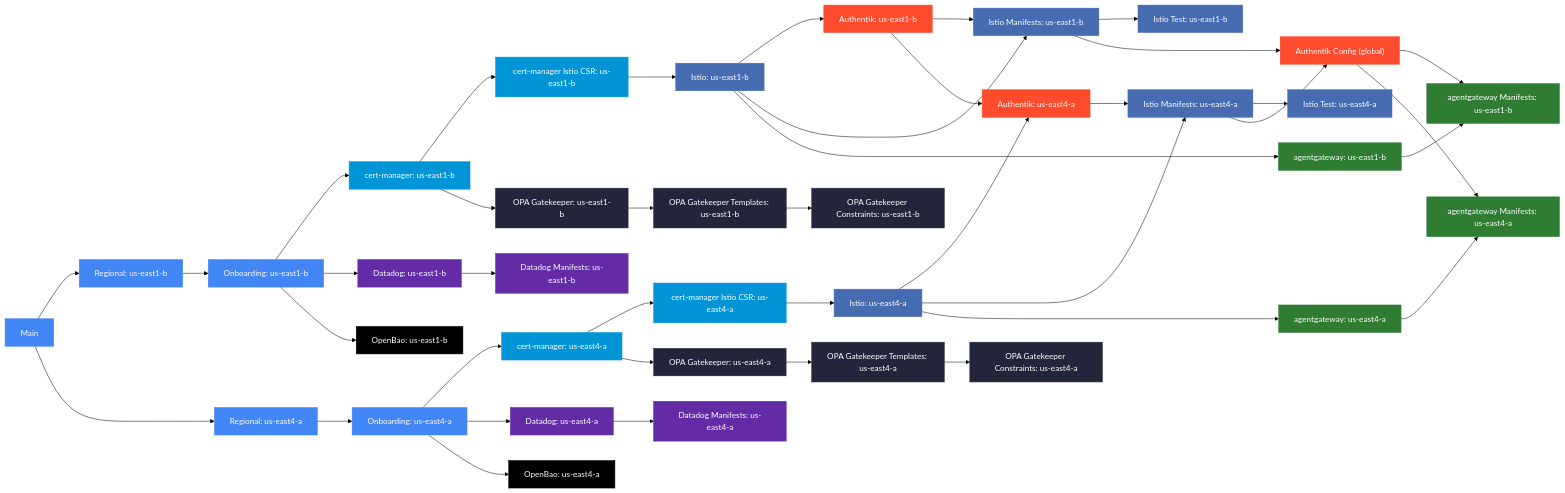
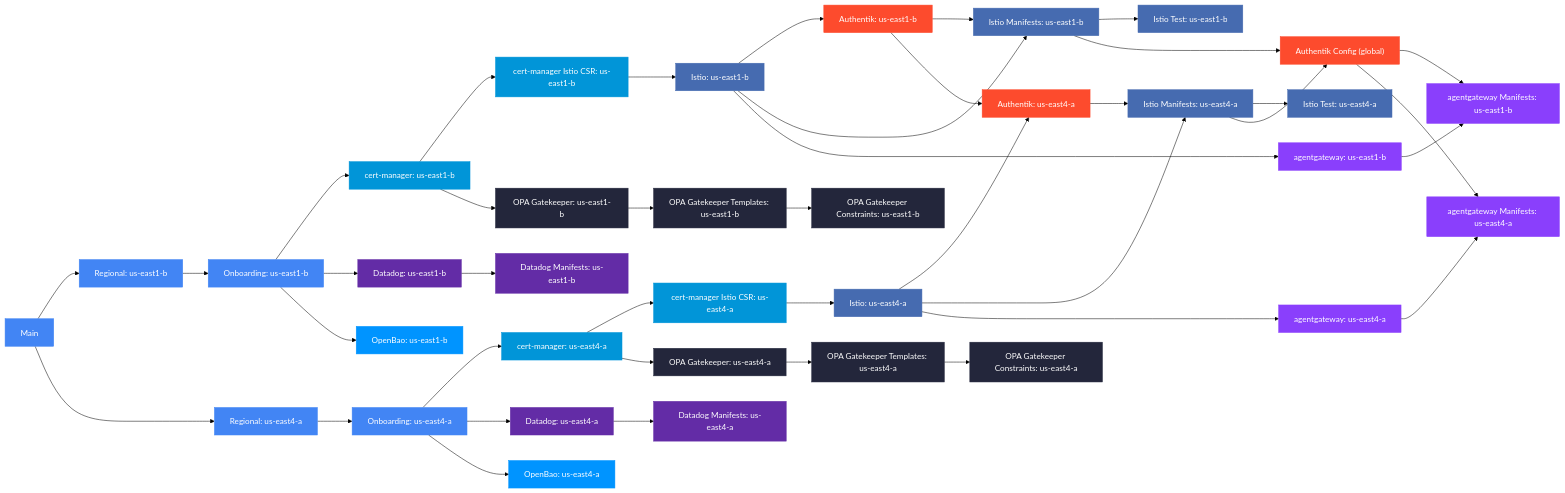
Before and after one commit to osinfra-io/pt-pneuma: the diagram in README.md, drawn with Mermaid (forest theme).

Commit message:
Use brand colors for OpenBao and agentgateway in dependency graph

````diff
--- a/README.md
+++ b/README.md
@@ -42,55 +42,55 @@
 ```mermaid
 flowchart LR
     classDef gke fill:#4285F4,stroke:#4285F4,color:#fff
     classDef certmanager fill:#0195D8,stroke:#0195D8,color:#fff
     classDef istio fill:#466BB0,stroke:#466BB0,color:#fff
     classDef datadog fill:#632CA6,stroke:#632CA6,color:#fff
     classDef opa fill:#23263B,stroke:#23263B,color:#fff
     classDef authentik fill:#FD4B2D,stroke:#FD4B2D,color:#fff
-    classDef agentgateway fill:#2E7D32,stroke:#2E7D32,color:#fff
-    classDef openbao fill:#000,stroke:#000,color:#fff
+    classDef agentgateway fill:#8A3FFC,stroke:#8A3FFC,color:#fff
+    classDef openbao fill:#0094FF,stroke:#0094FF,color:#fff
 
     main["Main"]:::gke
 
     main --> z1_regional["Regional: us-east1-b"]:::gke
     z1_regional --> z1_onboarding["Onboarding: us-east1-b"]:::gke
     z1_onboarding --> z1_cert_manager["cert-manager: us-east1-b"]:::certmanager
     z1_onboarding --> z1_datadog["Datadog: us-east1-b"]:::datadog
     z1_onboarding --> z1_openbao["OpenBao: us-east1-b"]:::openbao
     z1_cert_manager --> z1_cert_manager_istio_csr["cert-manager Istio CSR: us-east1-b"]:::certmanager
     z1_cert_manager --> z1_opa_gatekeeper["OPA Gatekeeper: us-east1-b"]:::opa
     z1_cert_manager_istio_csr --> z1_istio["Istio: us-east1-b"]:::istio
     z1_istio --> z1_authentik["Authentik: us-east1-b"]:::authentik
     z1_istio --> z1_istio_manifests["Istio Manifests: us-east1-b"]:::istio
     z1_authentik --> z1_istio_manifests
     z1_istio_manifests --> z1_istio_test["Istio Test: us-east1-b"]:::istio
     z1_istio --> z1_agentgateway["agentgateway: us-east1-b"]:::agentgateway
     z1_agentgateway --> z1_agentgateway_manifests["agentgateway Manifests: us-east1-b"]:::agentgateway
     authentik_config --> z1_agentgateway_manifests
     z1_datadog --> z1_datadog_manifests["Datadog Manifests: us-east1-b"]:::datadog
     z1_opa_gatekeeper --> z1_opa_templates["OPA Gatekeeper Templates: us-east1-b"]:::opa
     z1_opa_templates --> z1_opa_constraints["OPA Gatekeeper Constraints: us-east1-b"]:::opa
 
     main --> z2_regional["Regional: us-east4-a"]:::gke
     z2_regional --> z2_onboarding["Onboarding: us-east4-a"]:::gke
     z2_onboarding --> z2_cert_manager["cert-manager: us-east4-a"]:::certmanager
     z2_onboarding --> z2_datadog["Datadog: us-east4-a"]:::datadog
     z2_onboarding --> z2_openbao["OpenBao: us-east4-a"]:::openbao
     z2_cert_manager --> z2_cert_manager_istio_csr["cert-manager Istio CSR: us-east4-a"]:::certmanager
     z2_cert_manager --> z2_opa_gatekeeper["OPA Gatekeeper: us-east4-a"]:::opa
     z2_cert_manager_istio_csr --> z2_istio["Istio: us-east4-a"]:::istio
     z1_authentik --> z2_authentik["Authentik: us-east4-a"]:::authentik
     z2_istio --> z2_authentik
     z2_istio --> z2_istio_manifests["Istio Manifests: us-east4-a"]:::istio
     z2_authentik --> z2_istio_manifests
     z2_istio_manifests --> z2_istio_test["Istio Test: us-east4-a"]:::istio
     z2_istio --> z2_agentgateway["agentgateway: us-east4-a"]:::agentgateway
     z2_agentgateway --> z2_agentgateway_manifests["agentgateway Manifests: us-east4-a"]:::agentgateway
     authentik_config --> z2_agentgateway_manifests
     z2_datadog --> z2_datadog_manifests["Datadog Manifests: us-east4-a"]:::datadog
     z2_opa_gatekeeper --> z2_opa_templates["OPA Gatekeeper Templates: us-east4-a"]:::opa
     z2_opa_templates --> z2_opa_constraints["OPA Gatekeeper Constraints: us-east4-a"]:::opa
 
     z1_istio_manifests --> authentik_config["Authentik Config (global)"]:::authentik
     z2_istio_manifests --> authentik_config
 ```
````
